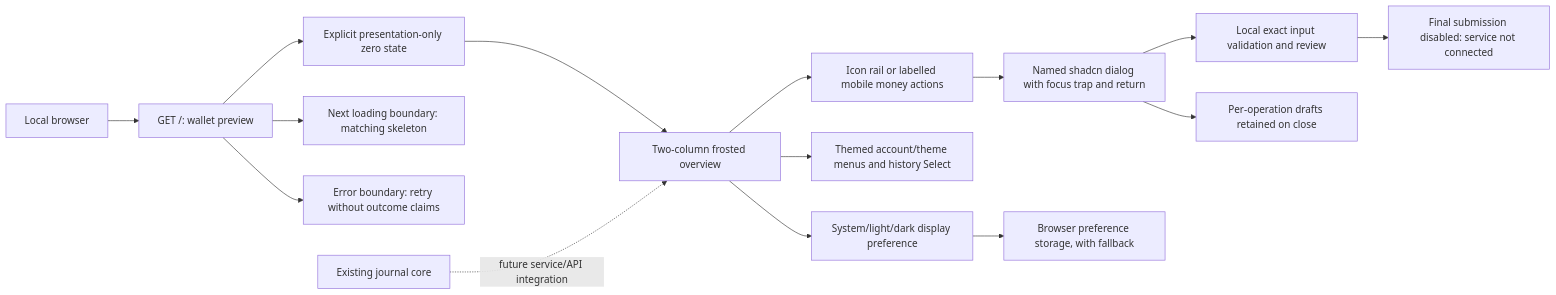
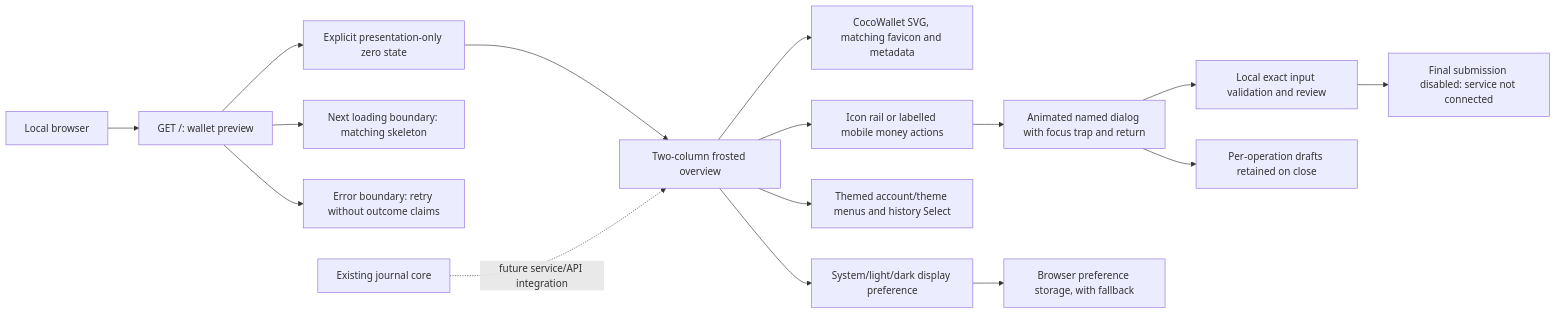
The second of 9 diagrams in artifact/DIAGRAMS.md (ahmadhafizh16/cocowallet), drawn with Mermaid before and after one commit. The commit also changed other lines of this file and 14 other files, not shown here.

Commit message:
docs(ui): record CocoWallet branding and motion verification

````diff
--- a/artifact/DIAGRAMS.md
+++ b/artifact/DIAGRAMS.md
@@ -29,17 +29,18 @@
 ```mermaid
 flowchart LR
     Browser[Local browser] --> Page[GET /: wallet preview]
     Page --> Model[Explicit presentation-only zero state]
     Model --> Shell[Two-column frosted overview]
+    Shell --> Brand[CocoWallet SVG, matching favicon and metadata]
     Shell --> Trigger[Icon rail or labelled mobile money actions]
-    Trigger --> Dialog[Named shadcn dialog with focus trap and return]
+    Trigger --> Dialog[Animated named dialog with focus trap and return]
     Dialog --> Draft[Local exact input validation and review]
     Dialog --> Memory[Per-operation drafts retained on close]
     Shell --> Menus[Themed account/theme menus and history Select]
     Draft --> Blocked[Final submission disabled: service not connected]
     Page --> Loading[Next loading boundary: matching skeleton]
     Page --> Error[Error boundary: retry without outcome claims]
     Shell --> Theme[System/light/dark display preference]
     Theme --> Storage[Browser preference storage, with fallback]
     Core[Existing journal core] -. future service/API integration .-> Shell
 ```
````
